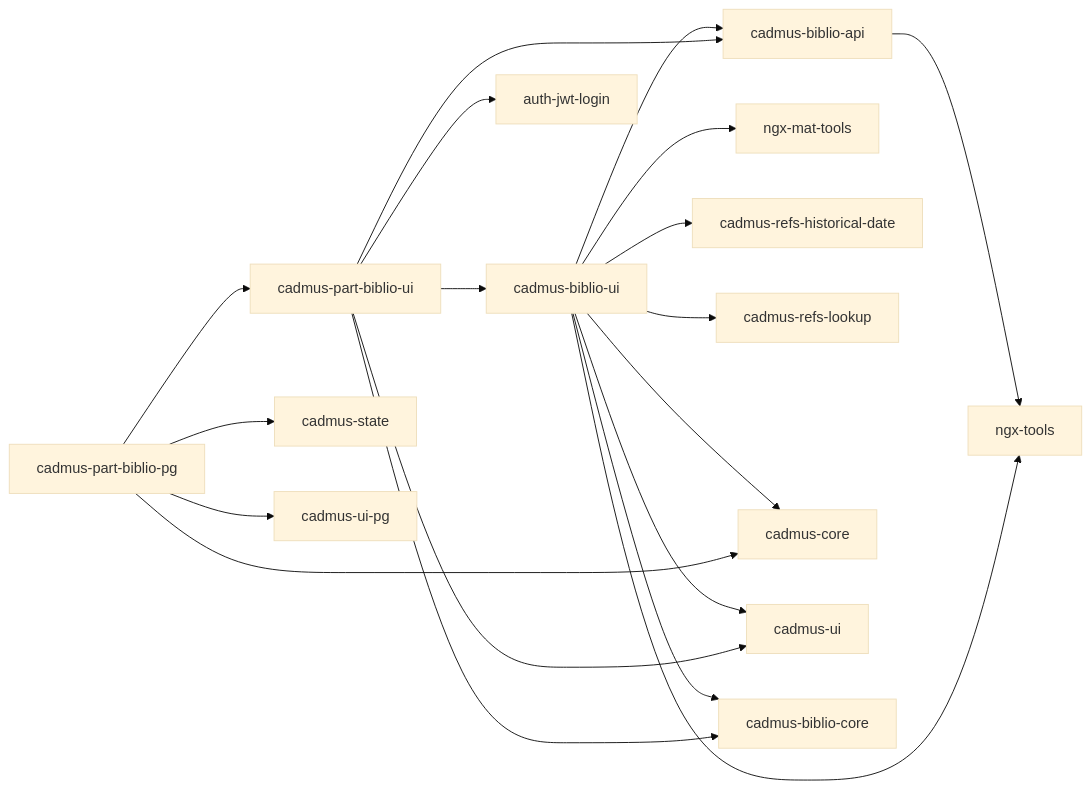
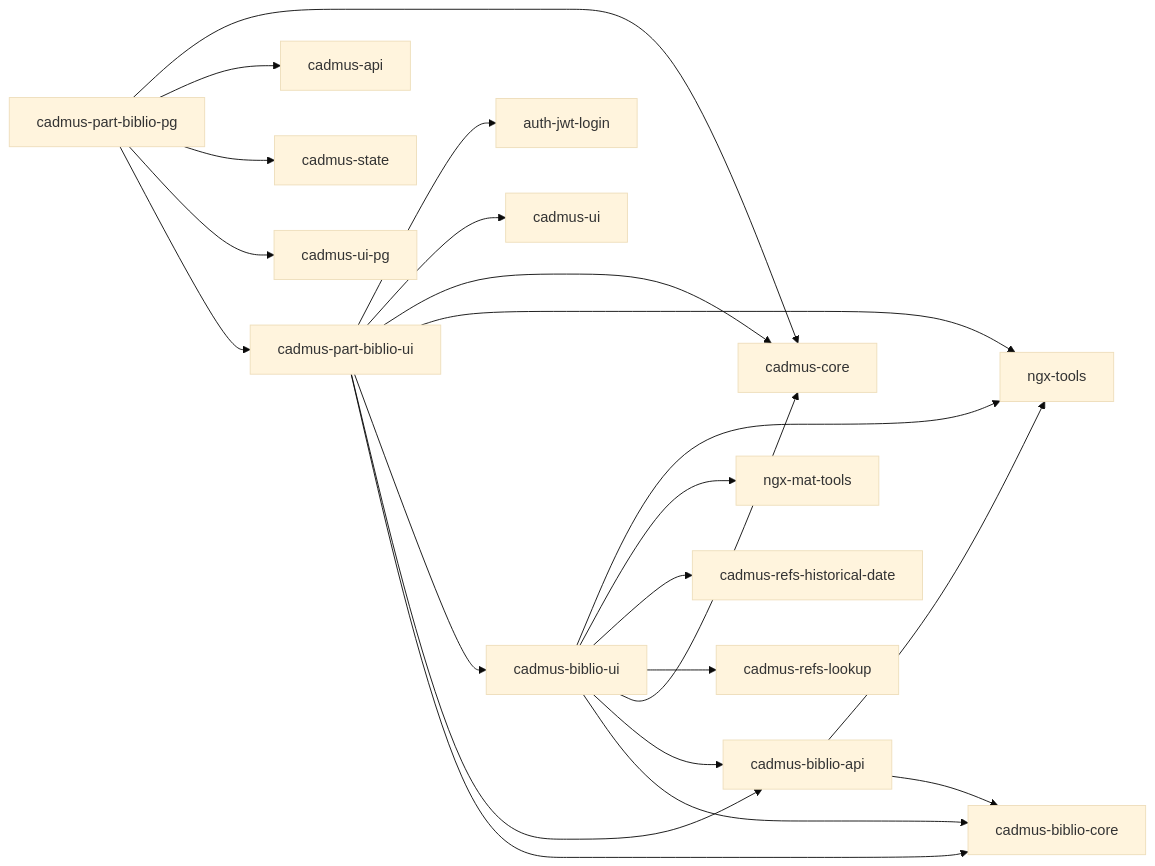
One commit to vedph/cadmus_biblio_shell changed the diagram in README.md. Above: the diagram before and after it, drawn with Mermaid (base theme). The commit also changed other lines of this file and 32 other files, not shown here.

````diff
--- a/README.md
+++ b/README.md
@@ -17,21 +17,24 @@
 ```mermaid
 graph LR;
   cadmus-biblio-api --> ngx-tools
+  cadmus-biblio-api --> cadmus-biblio-core
   cadmus-biblio-ui --> ngx-tools
   cadmus-biblio-ui --> ngx-mat-tools
   cadmus-biblio-ui --> cadmus-refs-historical-date
   cadmus-biblio-ui --> cadmus-refs-lookup
   cadmus-biblio-ui --> cadmus-core
-  cadmus-biblio-ui --> cadmus-ui
   cadmus-biblio-ui --> cadmus-biblio-api
   cadmus-biblio-ui --> cadmus-biblio-core
   cadmus-part-biblio-ui --> auth-jwt-login
   cadmus-part-biblio-ui --> cadmus-ui
+  cadmus-part-biblio-ui --> cadmus-core
+  cadmus-part-biblio-ui --> ngx-tools
   cadmus-part-biblio-ui --> cadmus-biblio-ui
   cadmus-part-biblio-ui --> cadmus-biblio-api
   cadmus-part-biblio-ui --> cadmus-biblio-core
   cadmus-part-biblio-pg --> cadmus-core
+  cadmus-part-biblio-pg --> cadmus-api
   cadmus-part-biblio-pg --> cadmus-state
   cadmus-part-biblio-pg --> cadmus-ui-pg
   cadmus-part-biblio-pg --> cadmus-part-biblio-ui
 ```
````
